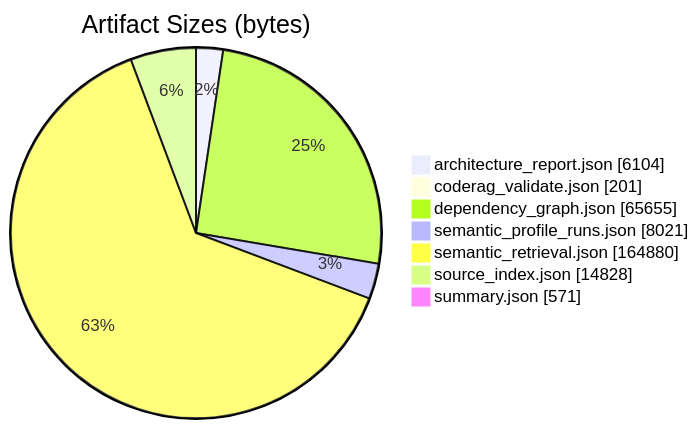
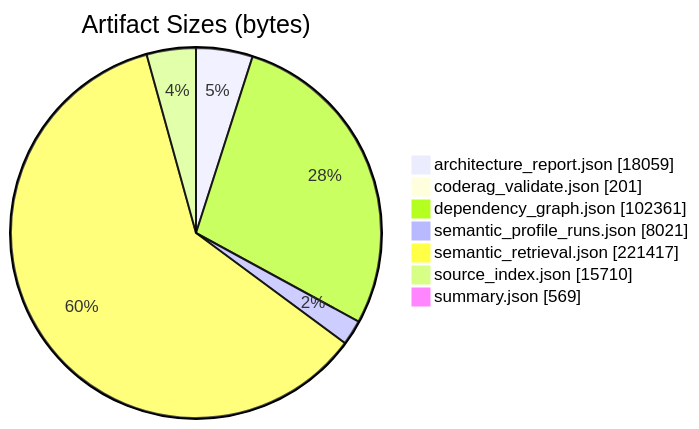
One commit to scl2bp/refactor_cli changed the second of 7 diagrams in .refactor/analysis/candidates/report.md. Above: the diagram before and after it, drawn with Mermaid. The commit also changed other lines of this file, not shown here.

Commit message:
Update candidate analysis report with new generation date and improved artifact size details

````diff
--- a/.refactor/analysis/candidates/report.md
+++ b/.refactor/analysis/candidates/report.md
@@ -40,11 +45,11 @@
 ```mermaid
 pie showData
   title Artifact Sizes (bytes)
-  "architecture_report.json" : 6104
+  "architecture_report.json" : 18059
   "coderag_validate.json" : 201
-  "dependency_graph.json" : 65655
+  "dependency_graph.json" : 102361
   "semantic_profile_runs.json" : 8021
-  "semantic_retrieval.json" : 164880
-  "source_index.json" : 14828
-  "summary.json" : 571
+  "semantic_retrieval.json" : 221417
+  "source_index.json" : 15710
+  "summary.json" : 569
 ```
````
